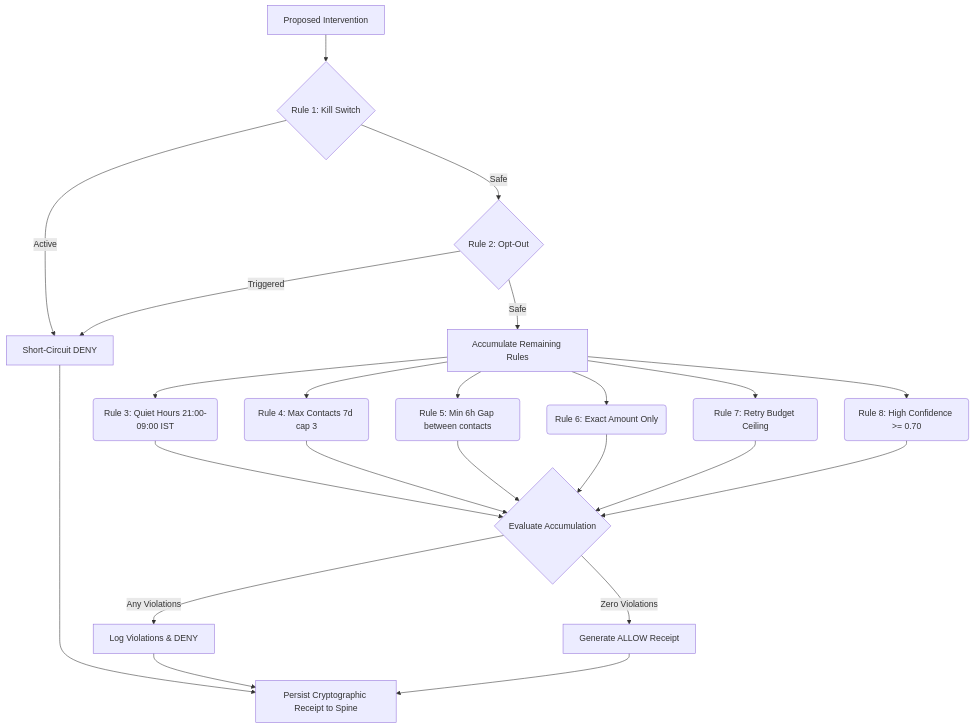
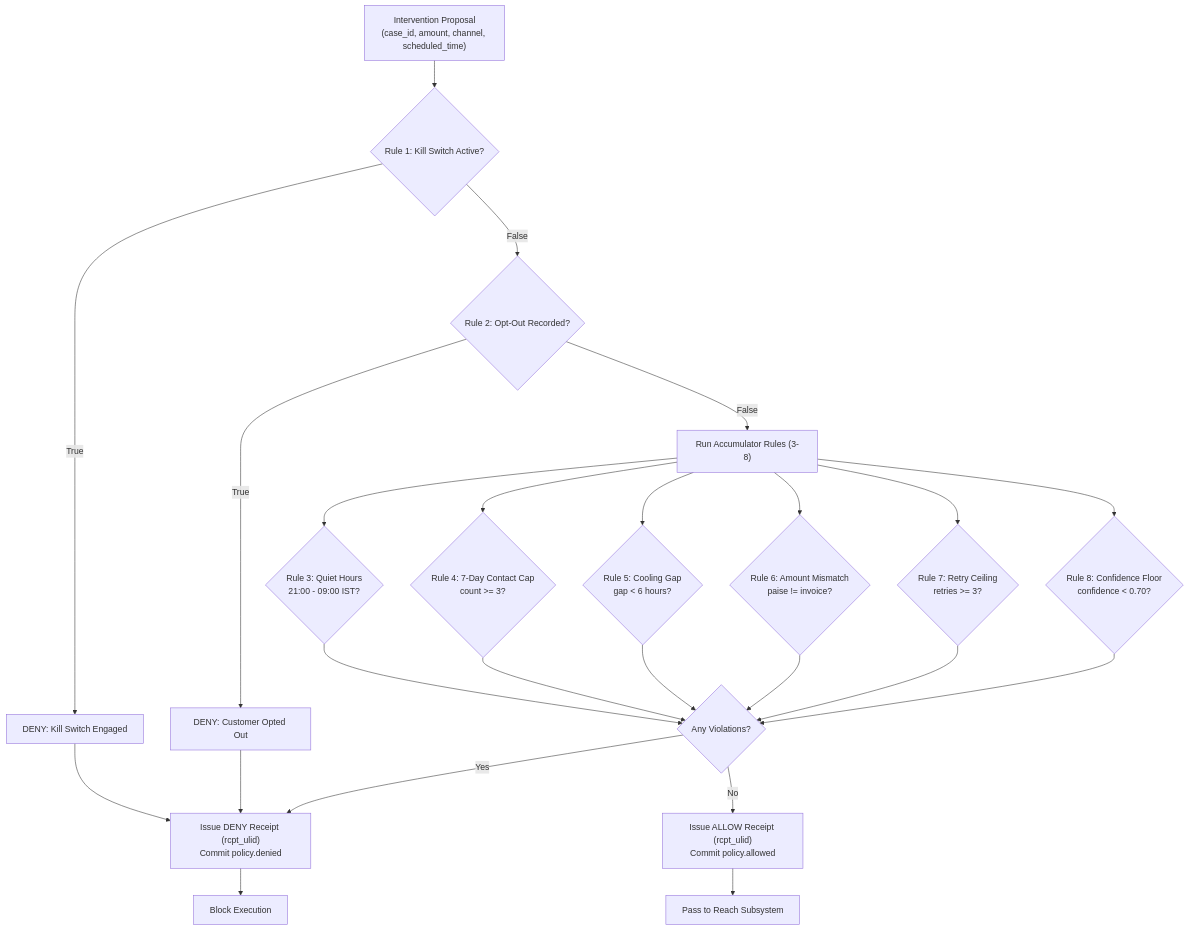
One commit to Bish311/SENTIO changed the second of 3 diagrams in design.md. Above: the diagram before and after it, drawn with Mermaid. The commit also changed other lines of this file and 1 other file, not shown here.

Commit message:
update public architecture and design documentation

````diff
--- a/design.md
+++ b/design.md
@@ -47,25 +125,23 @@
 ```mermaid
 flowchart TD
-    PROPOSAL[Proposed Intervention] --> RULE1{Rule 1: Kill Switch}
-    RULE1 -->|Active| DENY_FAST[Short-Circuit DENY]
-    RULE1 -->|Safe| RULE2{Rule 2: Opt-Out}
-    
-    RULE2 -->|Triggered| DENY_FAST
-    RULE2 -->|Safe| ACCUMULATE[Accumulate Remaining Rules]
-    
-    ACCUMULATE --> RULE3(Rule 3: Quiet Hours 21:00-09:00 IST)
-    ACCUMULATE --> RULE4(Rule 4: Max Contacts 7d cap 3)
-    ACCUMULATE --> RULE5(Rule 5: Min 6h Gap between contacts)
-    ACCUMULATE --> RULE6(Rule 6: Exact Amount Only)
-    ACCUMULATE --> RULE7(Rule 7: Retry Budget Ceiling)
-    ACCUMULATE --> RULE8(Rule 8: High Confidence >= 0.70)
-    
-    RULE3 & RULE4 & RULE5 & RULE6 & RULE7 & RULE8 --> EVALUATE{Evaluate Accumulation}
-    
-    EVALUATE -->|Any Violations| DENY_FULL[Log Violations & DENY]
-    EVALUATE -->|Zero Violations| ALLOW[Generate ALLOW Receipt]
-    
-    DENY_FAST --> RECEIPT[Persist Cryptographic Receipt to Spine]
-    DENY_FULL --> RECEIPT
-    ALLOW --> RECEIPT
+    PROP["Intervention Proposal\n(case_id, amount, channel, scheduled_time)"] --> S1{"Rule 1: Kill Switch Active?"}
+    S1 -->|True| D1["DENY: Kill Switch Engaged"]
+    S1 -->|False| S2{"Rule 2: Opt-Out Recorded?"}
+    S2 -->|True| D2["DENY: Customer Opted Out"]
+    S2 -->|False| ACC["Run Accumulator Rules (3-8)"]
+
+    ACC --> R3{"Rule 3: Quiet Hours\n21:00 - 09:00 IST?"}
+    ACC --> R4{"Rule 4: 7-Day Contact Cap\ncount >= 3?"}
+    ACC --> R5{"Rule 5: Cooling Gap\ngap < 6 hours?"}
+    ACC --> R6{"Rule 6: Amount Mismatch\npaise != invoice?"}
+    ACC --> R7{"Rule 7: Retry Ceiling\nretries >= 3?"}
+    ACC --> R8{"Rule 8: Confidence Floor\nconfidence < 0.70?"}
+
+    R3 & R4 & R5 & R6 & R7 & R8 --> CHECK{"Any Violations?"}
+    CHECK -->|Yes| DENY_RCPT["Issue DENY Receipt (rcpt_ulid)\nCommit policy.denied"]
+    CHECK -->|No| ALLOW_RCPT["Issue ALLOW Receipt (rcpt_ulid)\nCommit policy.allowed"]
+
+    D1 & D2 --> DENY_RCPT
+    ALLOW_RCPT --> REACH["Pass to Reach Subsystem"]
+    DENY_RCPT --> HALT["Block Execution"]
 ```
````
